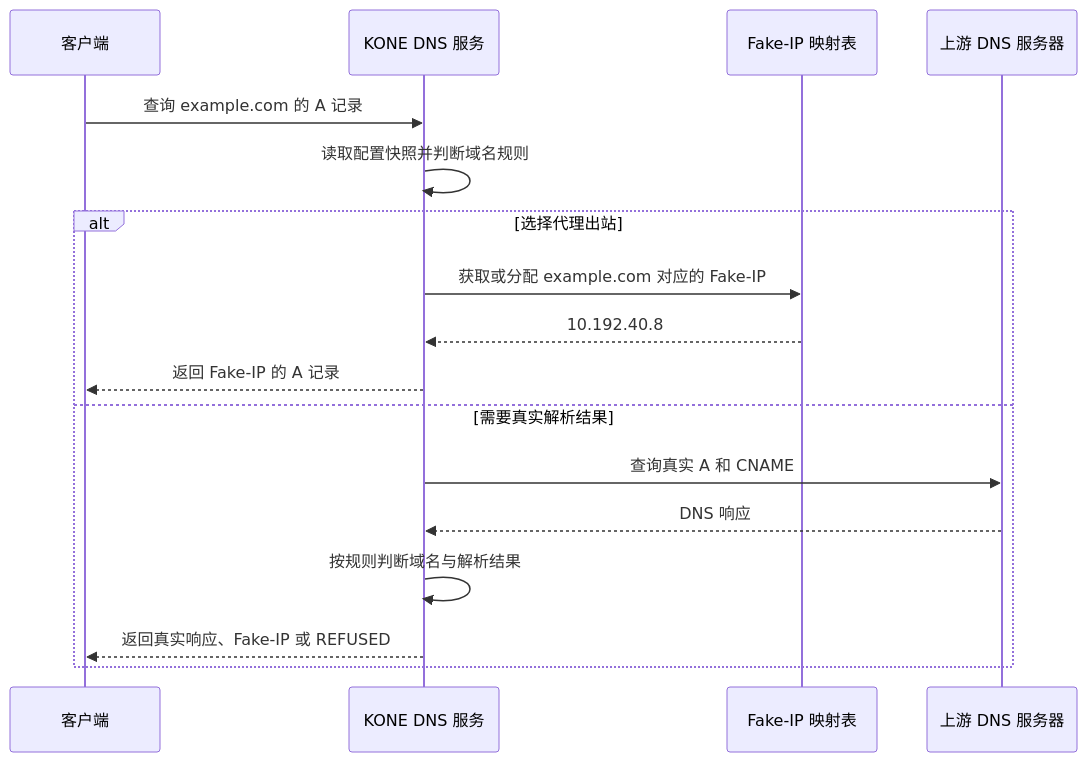
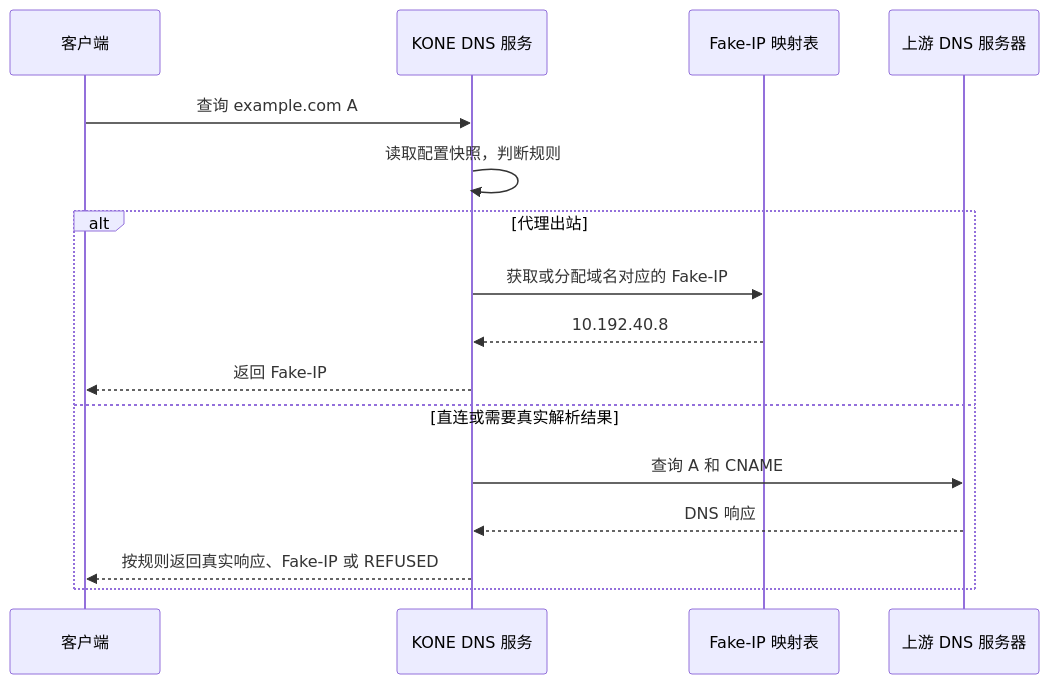
The first of 3 diagrams in docs/architecture.md (xjdrew/kone), drawn with Mermaid before and after one commit. The commit also changed other lines of this file and 48 other files, not shown here.

````diff
--- a/docs/architecture.md
+++ b/docs/architecture.md
@@ -37,19 +29,18 @@
 ```mermaid
 sequenceDiagram
     participant C as 客户端
     participant D as KONE DNS 服务
-    participant F as Fake-IP 映射表
+    participant M as Fake-IP 映射表
     participant U as 上游 DNS 服务器
-    C->>D: 查询 example.com 的 A 记录
-    D->>D: 读取配置快照并判断域名规则
-    alt 选择代理出站
-        D->>F: 获取或分配 example.com 对应的 Fake-IP
-        F-->>D: 10.192.40.8
-        D-->>C: 返回 Fake-IP 的 A 记录
-    else 需要真实解析结果
-        D->>U: 查询真实 A 和 CNAME
+    C->>D: 查询 example.com A
+    D->>D: 读取配置快照，判断规则
+    alt 代理出站
+        D->>M: 获取或分配域名对应的 Fake-IP
+        M-->>D: 10.192.40.8
+        D-->>C: 返回 Fake-IP
+    else 直连或需要真实解析结果
+        D->>U: 查询 A 和 CNAME
         U-->>D: DNS 响应
-        D->>D: 按规则判断域名与解析结果
-        D-->>C: 返回真实响应、Fake-IP 或 REFUSED
+        D-->>C: 按规则返回真实响应、Fake-IP 或 REFUSED
     end
 ```
````
